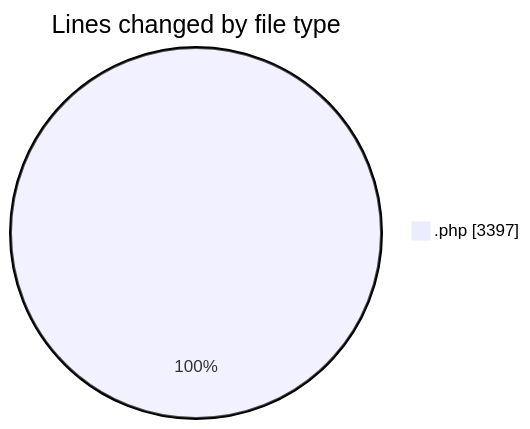
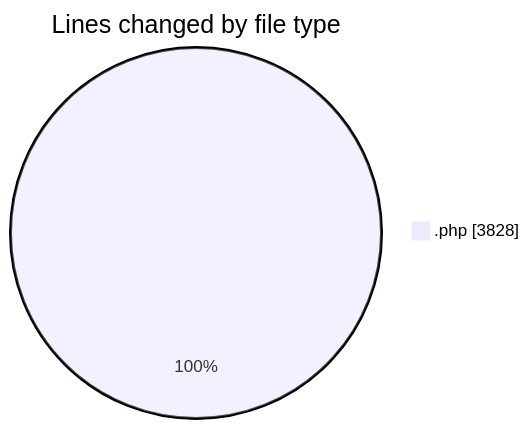
One commit to debugP/code-tracking changed the first of 2 diagrams in 2025-10-03/untitled__workspace_/README.md. Above: the diagram before and after it, drawn with Mermaid. The commit also changed other lines of this file and 1 other file, not shown here.

````diff
--- a/2025-10-03/untitled__workspace_/README.md
+++ b/2025-10-03/untitled__workspace_/README.md
@@ -20,5 +21,5 @@
 ```mermaid
 pie showData
 title Lines changed by file type
-".php" : 3397
+".php" : 3828
 ```
````
